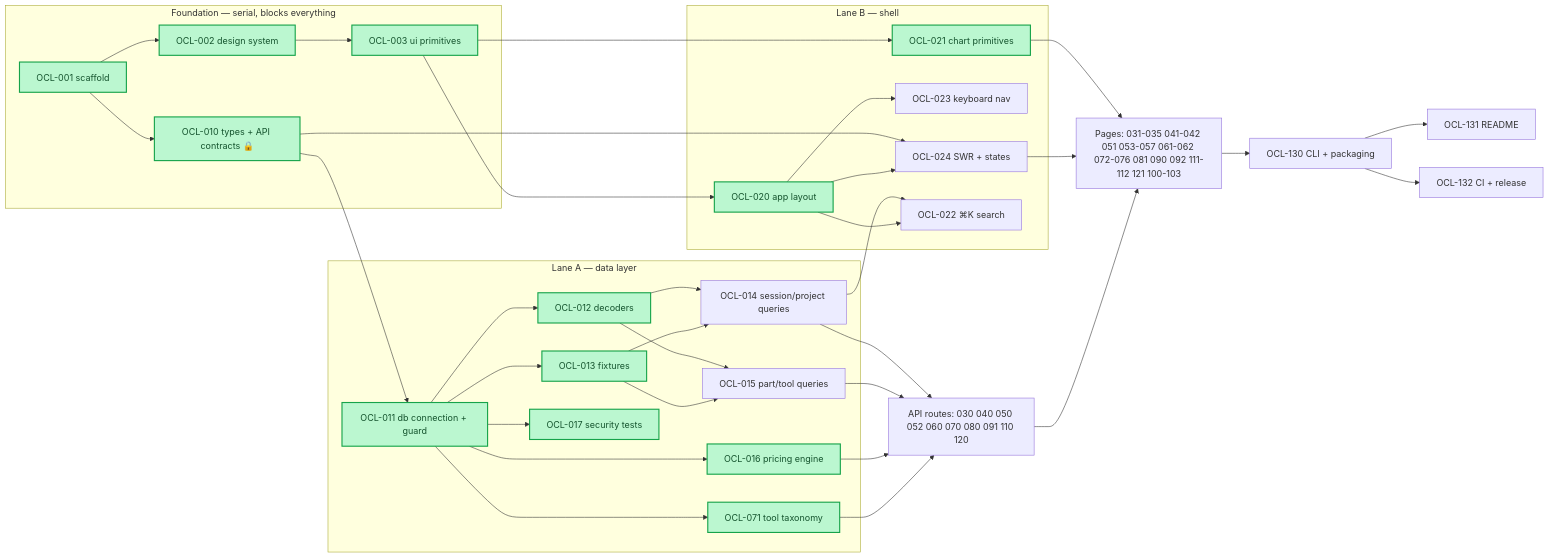
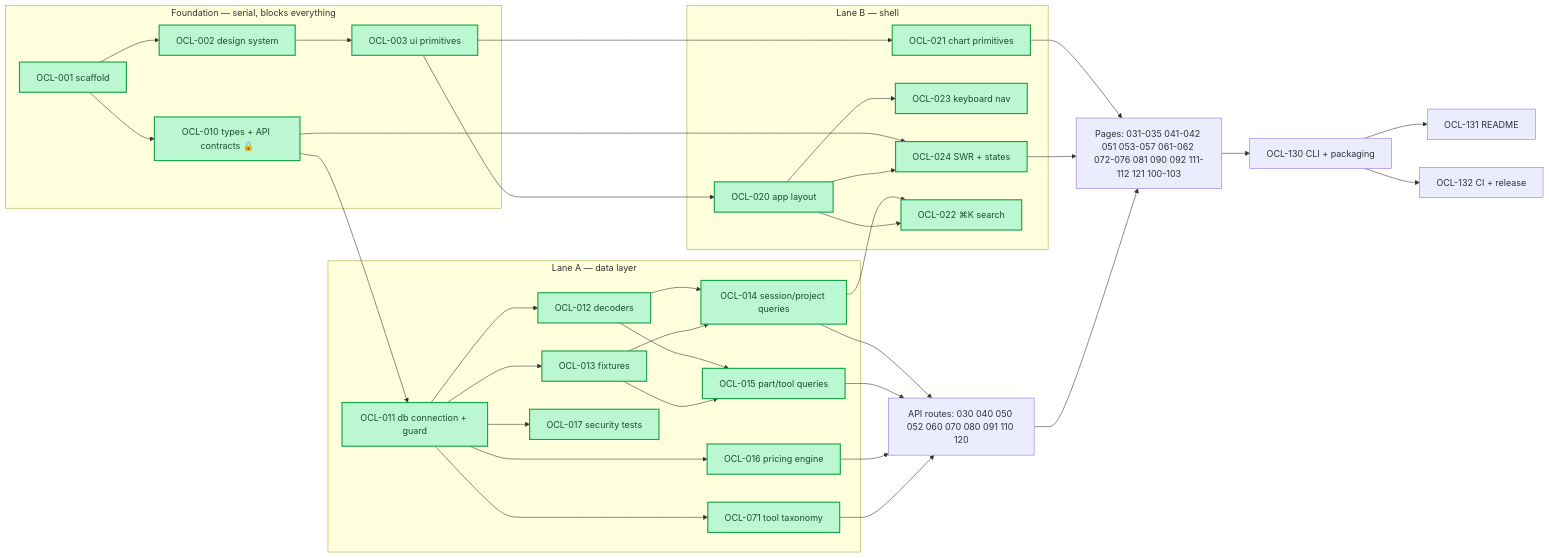
The diagram in project-docs/backlog.md (ibrahimkobeissy/oc-lens), drawn with Mermaid before and after one commit. The commit also changed other lines of this file and 67 other files, not shown here.

````diff
--- a/project-docs/backlog.md
+++ b/project-docs/backlog.md
@@ -81,45 +81,45 @@
 ```mermaid
 graph LR
   subgraph F["Foundation — serial, blocks everything"]
     T001["OCL-001 scaffold"] --> T002["OCL-002 design system"]
     T002 --> T003["OCL-003 ui primitives"]
     T001 --> T010["OCL-010 types + API contracts 🔒"]
   end
 
   subgraph DL["Lane A — data layer"]
     T010 --> T011["OCL-011 db connection + guard"]
     T011 --> T012["OCL-012 decoders"]
     T011 --> T013["OCL-013 fixtures"]
     T012 --> T014["OCL-014 session/project queries"]
     T013 --> T014
     T012 --> T015["OCL-015 part/tool queries"]
     T013 --> T015
     T011 --> T016["OCL-016 pricing engine"]
     T011 --> T017["OCL-017 security tests"]
     T011 --> T071["OCL-071 tool taxonomy"]
   end
 
   subgraph SH["Lane B — shell"]
     T003 --> T020["OCL-020 app layout"]
     T003 --> T021["OCL-021 chart primitives"]
     T020 --> T023["OCL-023 keyboard nav"]
     T010 --> T024["OCL-024 SWR + states"]
     T020 --> T024
     T014 --> T022["OCL-022 ⌘K search"]
     T020 --> T022
   end
 
   T014 --> API["API routes: 030 040 050 052 060 070 080 091 110 120"]
   T015 --> API
   T016 --> API
   T021 --> PAGES["Pages: 031-035 041-042 051 053-057 061-062 072-076 081 090 092 111-112 121 100-103"]
   T024 --> PAGES
   API --> PAGES
   T071 --> API
   PAGES --> T130["OCL-130 CLI + packaging"]
   T130 --> T131["OCL-131 README"]
   T130 --> T132["OCL-132 CI + release"]
 
   classDef done fill:#bbf7d0,stroke:#16a34a,stroke-width:2px,color:#14532d;
-  class T001,T002,T003,T010,T011,T012,T013,T016,T017,T020,T021,T071 done;
+  class T001,T002,T003,T010,T011,T012,T013,T014,T015,T016,T017,T020,T021,T022,T023,T024,T030,T040,T050,T052,T060,T070,T071,T080,T091,T110,T112,T120 done;
 ```
````
